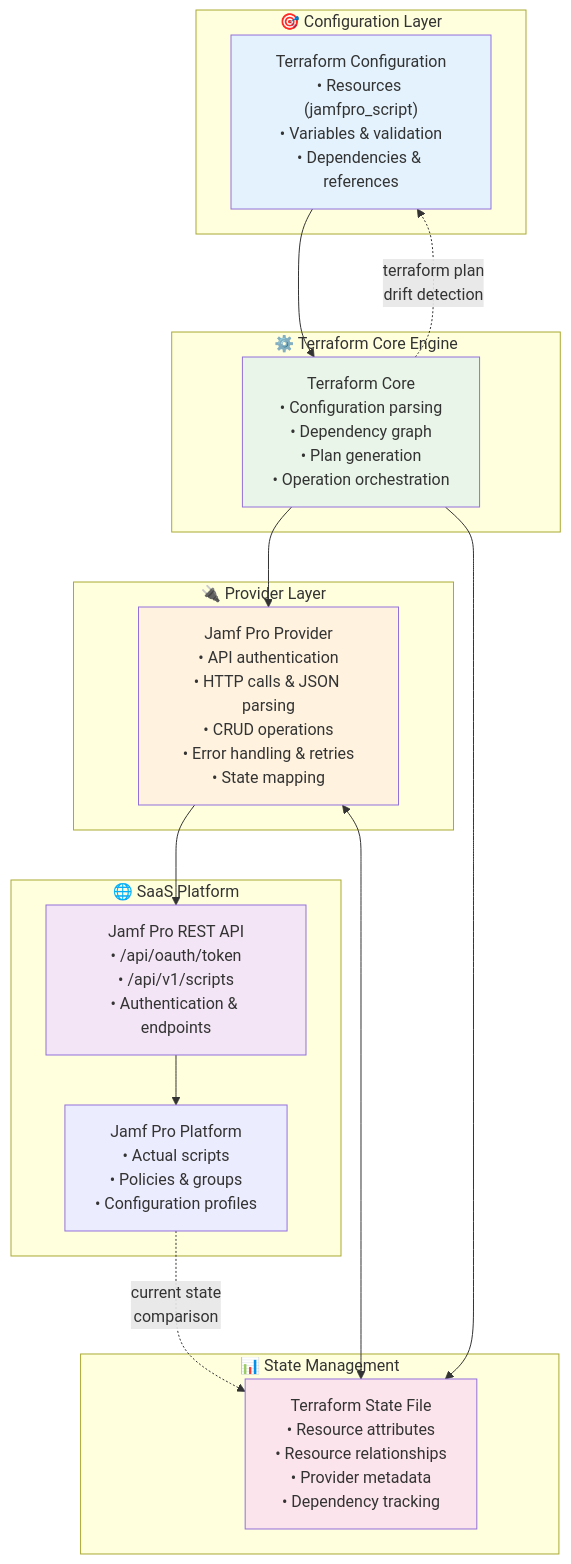
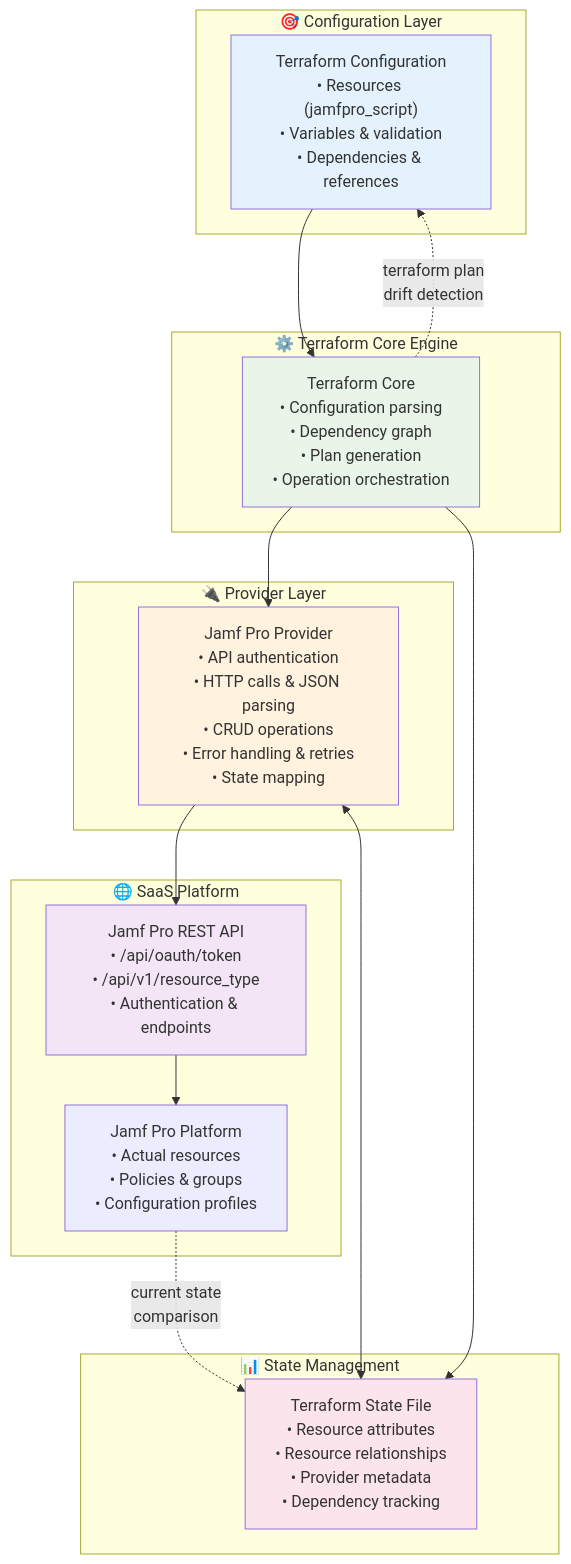
One commit to simondbrooke/terraform-training-jamfpro changed the fifth of 5 diagrams in training_materials/terraform/module_02_configuration_as_code_concepts.md. Above: the diagram before and after it, drawn with Mermaid. The commit also changed other lines of this file, not shown here.

````diff
--- a/training_materials/terraform/module_02_configuration_as_code_concepts.md
+++ b/training_materials/terraform/module_02_configuration_as_code_concepts.md
@@ -1387,40 +1330,40 @@
 ```mermaid
 graph TB
     subgraph "🎯 Configuration Layer"
         CONFIG["Terraform Configuration<br/>• Resources (jamfpro_script)<br/>• Variables & validation<br/>• Dependencies & references"]
     end
     
     subgraph "⚙️ Terraform Core Engine"
         CORE["Terraform Core<br/>• Configuration parsing<br/>• Dependency graph<br/>• Plan generation<br/>• Operation orchestration"]
     end
     
     subgraph "🔌 Provider Layer"
         PROVIDER["Jamf Pro Provider<br/>• API authentication<br/>• HTTP calls & JSON parsing<br/>• CRUD operations<br/>• Error handling & retries<br/>• State mapping"]
     end
     
     subgraph "🌐 SaaS Platform"
-        API["Jamf Pro REST API<br/>• /api/oauth/token<br/>• /api/v1/scripts<br/>• Authentication & endpoints"]
-        PLATFORM["Jamf Pro Platform<br/>• Actual scripts<br/>• Policies & groups<br/>• Configuration profiles"]
+        API["Jamf Pro REST API<br/>• /api/oauth/token<br/>• /api/v1/resource_type<br/>• Authentication & endpoints"]
+        PLATFORM["Jamf Pro Platform<br/>• Actual resources<br/>• Policies & groups<br/>• Configuration profiles"]
     end
     
     subgraph "📊 State Management"
         STATE["Terraform State File<br/>• Resource attributes<br/>• Resource relationships<br/>• Provider metadata<br/>• Dependency tracking"]
     end
     
     CONFIG --> CORE
     CORE --> PROVIDER
     PROVIDER --> API
     API --> PLATFORM
     
     PROVIDER <--> STATE
     CORE --> STATE
     
     CORE -.->|"terraform plan<br/>drift detection"| CONFIG
     PLATFORM -.->|"current state<br/>comparison"| STATE
     
     style CONFIG fill:#e3f2fd
     style CORE fill:#e8f5e8
     style PROVIDER fill:#fff3e0
     style API fill:#f3e5f5
     style STATE fill:#fce4ec
 ```
````
